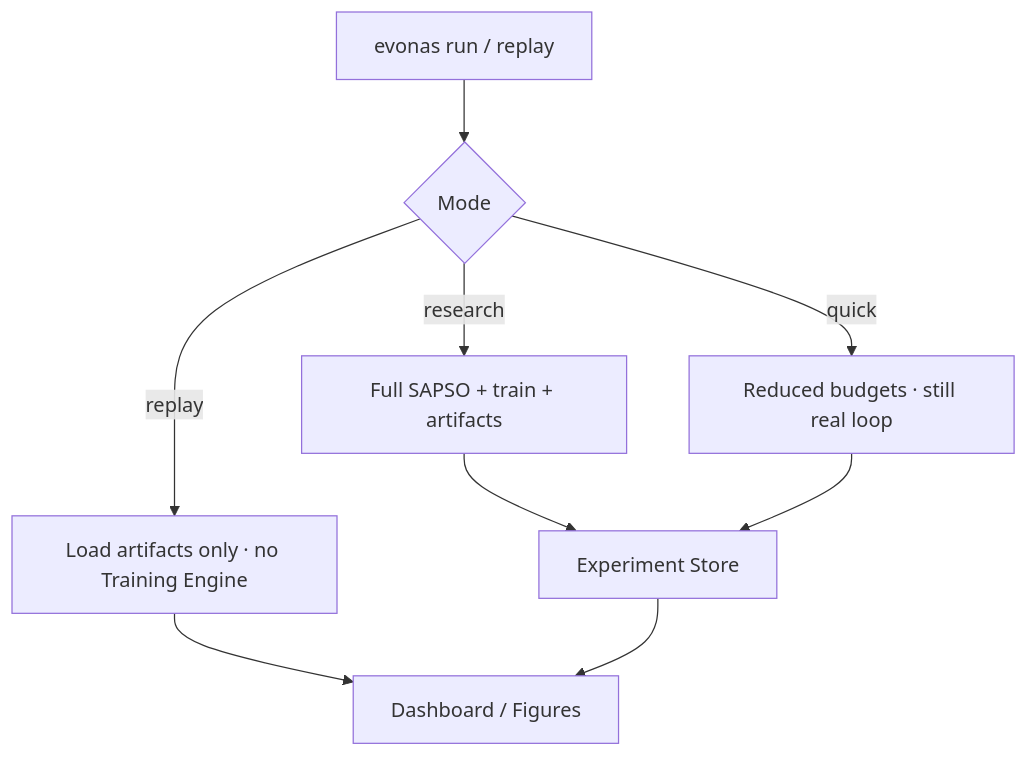
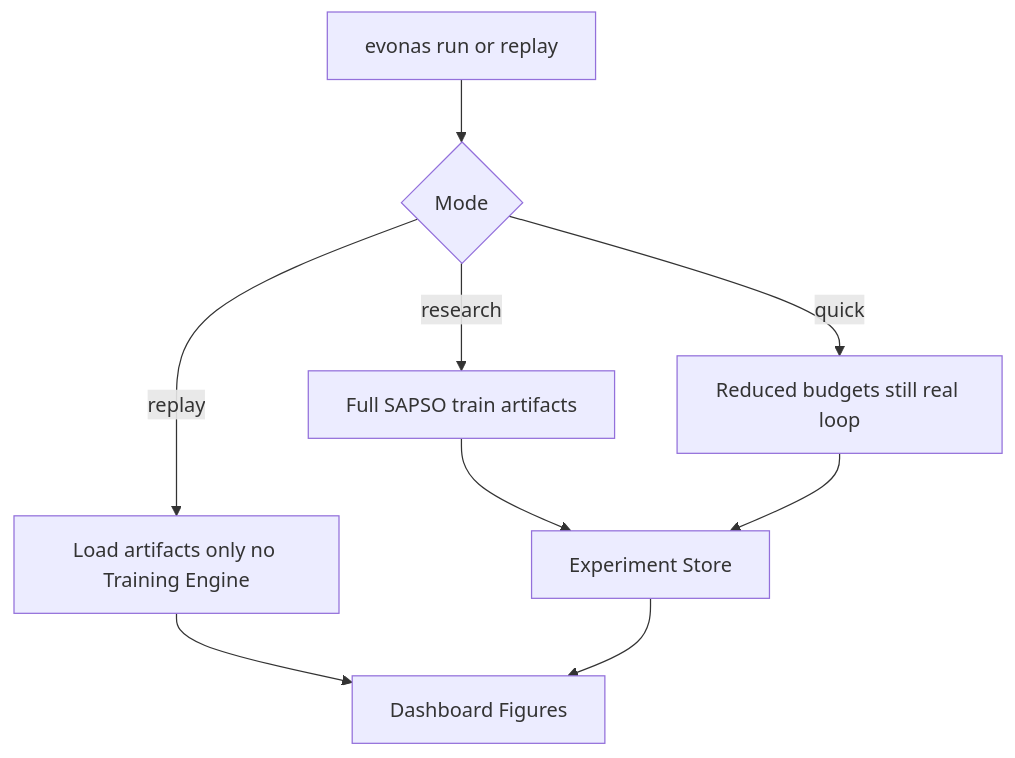
Before and after one commit to CoderAnush/EvoNAS: the sixth of 6 diagrams in README.md, drawn with Mermaid. The commit also changed other lines of this file, not shown here.

First line of the commit message:
Fix Mermaid diagrams for GitHub rendering.

````diff
--- a/README.md
+++ b/README.md
@@ -513,11 +507,11 @@
 ```mermaid
 flowchart TB
-  START[evonas run / replay] --> M{Mode}
-  M -->|research| R[Full SAPSO + train + artifacts]
-  M -->|quick| Q[Reduced budgets · still real loop]
-  M -->|replay| P[Load artifacts only · no Training Engine]
+  START["evonas run or replay"] --> M{Mode}
+  M -->|research| R["Full SAPSO train artifacts"]
+  M -->|quick| Q["Reduced budgets still real loop"]
+  M -->|replay| P["Load artifacts only no Training Engine"]
   R --> ART[Experiment Store]
   Q --> ART
-  P --> VIS[Dashboard / Figures]
+  P --> VIS["Dashboard Figures"]
   ART --> VIS
 ```
````
